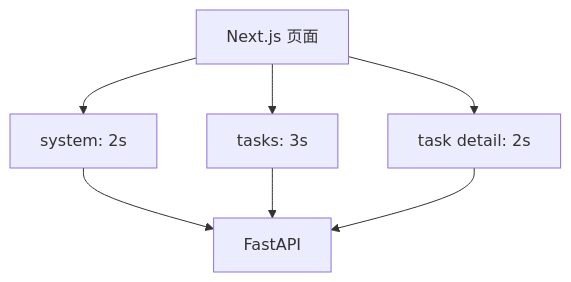
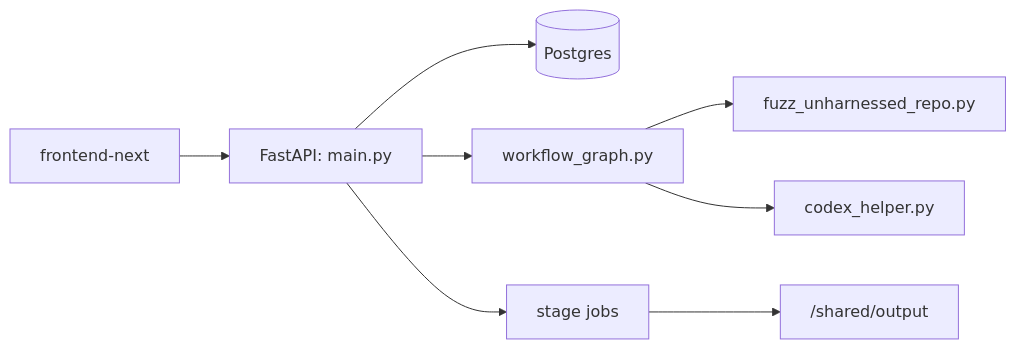
One commit to ZUENS2020/Sherpa changed the first of 3 diagrams in docs/CODEBASE_TECHNICAL_ANALYSIS.md. Above: the diagram before and after it, drawn with Mermaid. The commit also changed other lines of this file and 19 other files, not shown here.

Commit message:
docs: rewrite repository documentation to current architecture

````diff
--- a/docs/CODEBASE_TECHNICAL_ANALYSIS.md
+++ b/docs/CODEBASE_TECHNICAL_ANALYSIS.md
@@ -358,9 +19,10 @@
 ```mermaid
-flowchart TB
-    FE["Next.js 页面"] --> Q1["system: 2s"]
-    FE --> Q2["tasks: 3s"]
-    FE --> Q3["task detail: 2s"]
-    Q1 --> API["FastAPI"]
-    Q2 --> API
-    Q3 --> API
+flowchart LR
+  FE["frontend-next"] --> API["FastAPI: main.py"]
+  API --> DB[("Postgres")]
+  API --> WF["workflow_graph.py"]
+  WF --> GEN["fuzz_unharnessed_repo.py"]
+  WF --> OC["codex_helper.py"]
+  API --> K8S["stage jobs"]
+  K8S --> OUT["/shared/output"]
 ```
````
